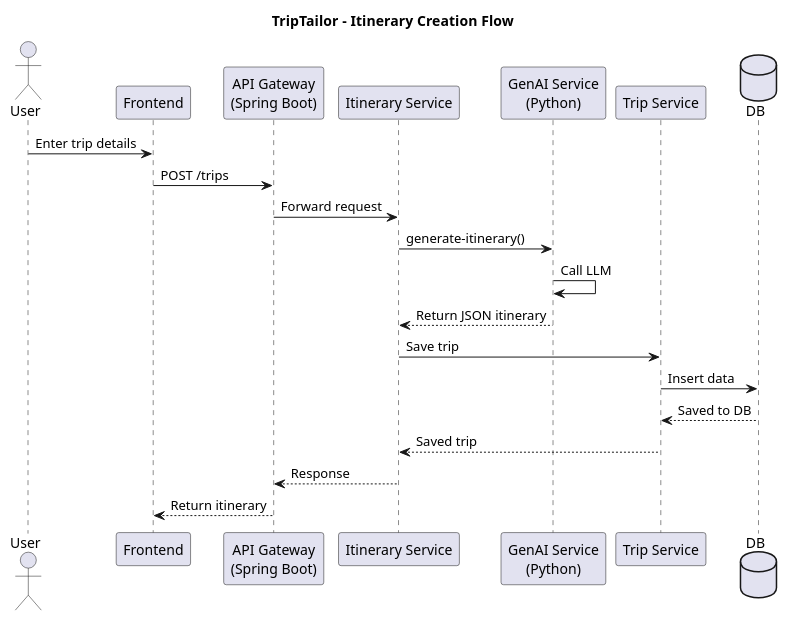
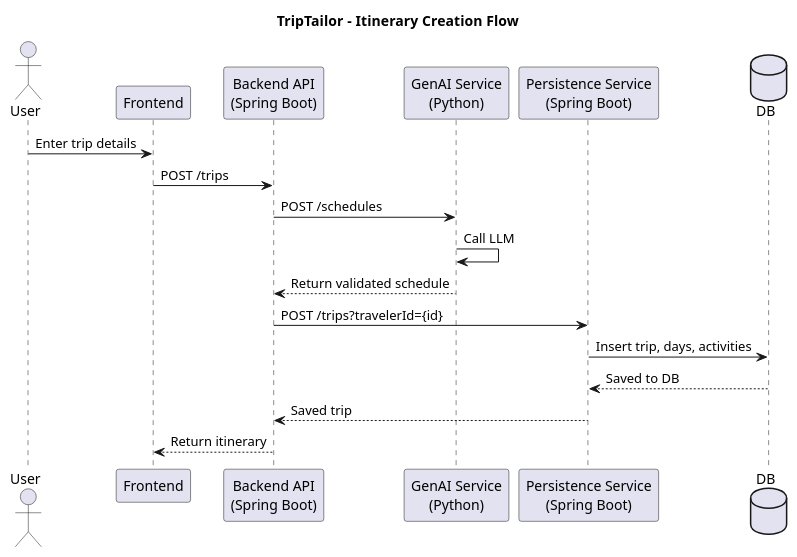
Before and after one commit to AET-DevOps26/team-continuous-vacation: the diagram in diagrams/creation-flow-diagram.puml, drawn with PlantUML. The commit also changed 29 other files, not shown here.

```diff
--- a/diagrams/creation-flow-diagram.puml
+++ b/diagrams/creation-flow-diagram.puml
@@ -1,25 +1,22 @@
 @startuml creation-flow
 title TripTailor - Itinerary Creation Flow
 
 actor User
 participant Frontend
-participant "API Gateway\n(Spring Boot)" as APIGW
-participant "Itinerary Service" as ITIN
+participant "Backend API\n(Spring Boot)" as API
 participant "GenAI Service\n(Python)" as AI
-participant "Trip Service" as TRIP
+participant "Persistence Service\n(Spring Boot)" as PERSIST
 database DB
 
 User -> Frontend : Enter trip details
-Frontend -> APIGW : POST /trips
-APIGW -> ITIN : Forward request
-ITIN -> AI : generate-itinerary()
+Frontend -> API : POST /trips
+API -> AI : POST /schedules
 AI -> AI : Call LLM
-AI --> ITIN : Return JSON itinerary
-ITIN -> TRIP : Save trip
-TRIP -> DB : Insert data
-DB --> TRIP : Saved to DB
-TRIP --> ITIN : Saved trip
-ITIN --> APIGW : Response
-APIGW --> Frontend : Return itinerary
+AI --> API : Return validated schedule
+API -> PERSIST : POST /trips?travelerId={id}
+PERSIST -> DB : Insert trip, days, activities
+DB --> PERSIST : Saved to DB
+PERSIST --> API : Saved trip
+API --> Frontend : Return itinerary
 
 @enduml
```
